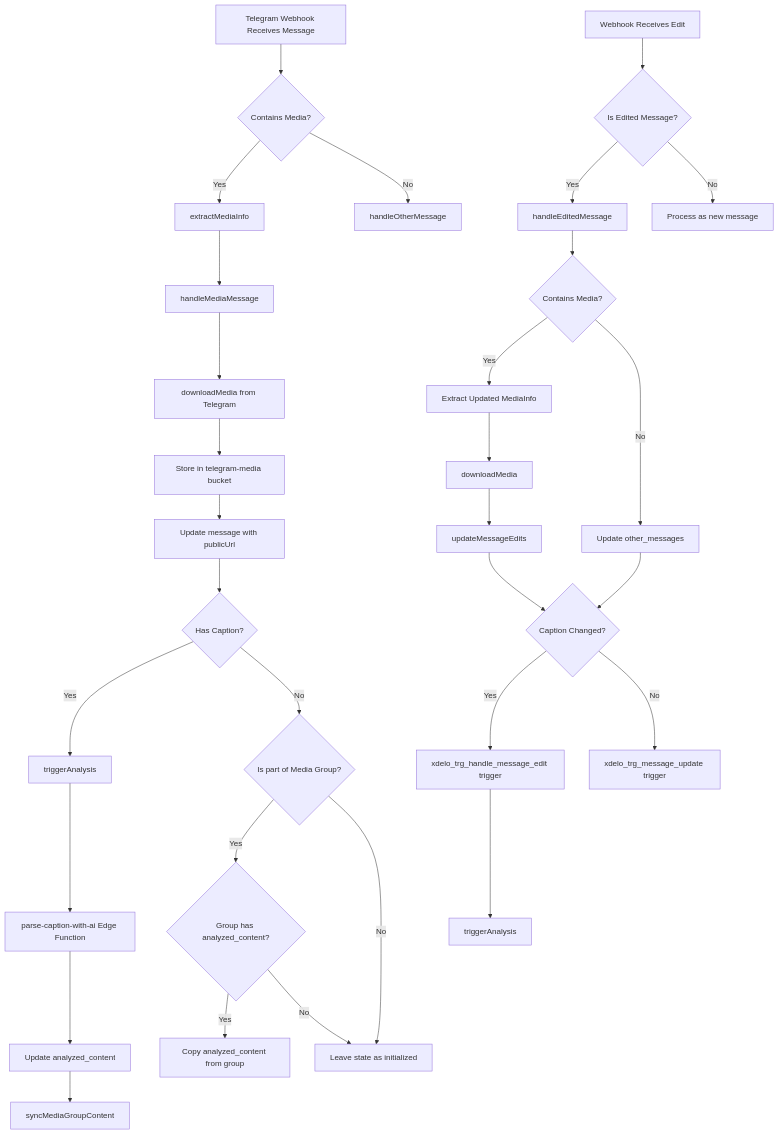
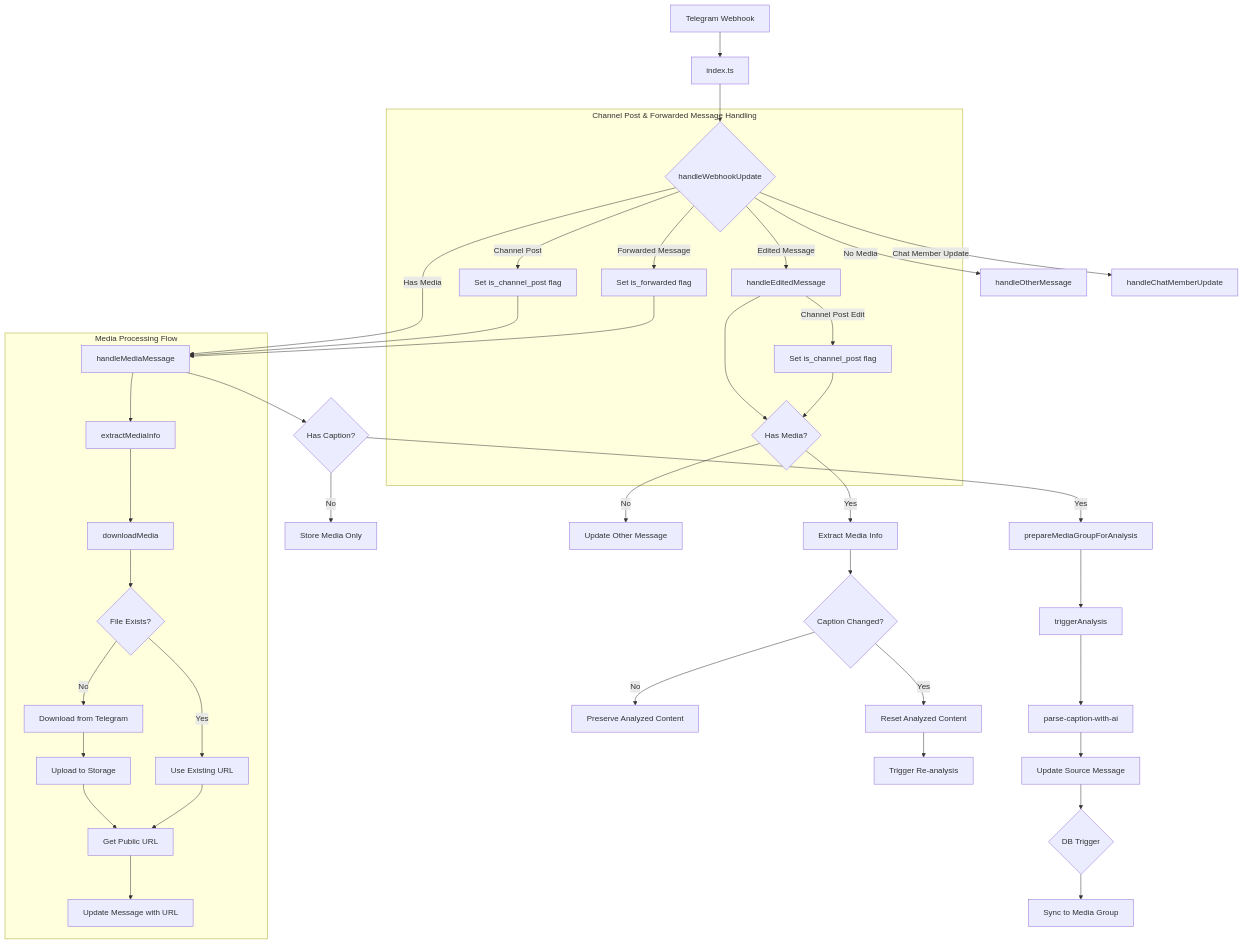
One commit to cmtkdot/xdelo-app changed the diagram in flow.md. Above: the diagram before and after it, drawn with Mermaid. The commit also changed other lines of this file and 15 other files, not shown here.

Commit message:
commit edit the whole flow

````diff
--- a/flow.md
+++ b/flow.md
@@ -5,49 +6,52 @@
 ```mermaid
 flowchart TD
-    A[Telegram Webhook Receives Message] --> B{Contains Media?}
+    A[Telegram Webhook] --> B[index.ts]
+    B --> C{handleWebhookUpdate}
     
-    B -->|Yes| C1[extractMediaInfo]
-    B -->|No| D[handleOtherMessage]
+    C -->|Has Media| D[handleMediaMessage]
+    C -->|No Media| E[handleOtherMessage]
+    C -->|Edited Message| F[handleEditedMessage]
+    C -->|Chat Member Update| G[handleChatMemberUpdate]
     
-    C1 --> C2[handleMediaMessage]
-    C2 --> C3[downloadMedia from Telegram]
-    C3 --> C4[Store in telegram-media bucket]
-    C4 --> C5[Update message with publicUrl]
+    D --> H{Has Caption?}
+    H -->|Yes| I[prepareMediaGroupForAnalysis]
+    H -->|No| J[Store Media Only]
     
-    C5 --> E{Has Caption?}
+    I --> K[triggerAnalysis]
+    K --> L[parse-caption-with-ai]
+    L --> M[Update Source Message]
     
-    E -->|Yes| F[triggerAnalysis]
-    E -->|No| G{Is part of Media Group?}
+    M --> N{DB Trigger}
+    N --> O[Sync to Media Group]
     
-    F --> F1[parse-caption-with-ai Edge Function]
-    F1 --> K[Update analyzed_content]
+    F --> P{Has Media?}
+    P -->|Yes| Q[Extract Media Info]
+    P -->|No| R[Update Other Message]
     
-    K --> L[syncMediaGroupContent]
+    Q --> S{Caption Changed?}
+    S -->|Yes| T[Reset Analyzed Content]
+    S -->|No| U[Preserve Analyzed Content]
     
-    G -->|Yes| M{Group has analyzed_content?}
-    G -->|No| N[Leave state as initialized]
+    T --> V[Trigger Re-analysis]
     
-    M -->|Yes| O[Copy analyzed_content from group]
-    M -->|No| N
-
-    %% Edit handling flow
-    P[Webhook Receives Edit] --> Q{Is Edited Message?}
-    Q -->|Yes| R[handleEditedMessage]
-    Q -->|No| S[Process as new message]
+    subgraph "Media Processing Flow"
+        D --> AA[extractMediaInfo]
+        AA --> BB[downloadMedia]
+        BB --> CC{File Exists?}
+        CC -->|Yes| DD[Use Existing URL]
+        CC -->|No| EE[Download from Telegram]
+        EE --> FF[Upload to Storage]
+        FF --> GG[Get Public URL]
+        DD --> GG
+        GG --> HH[Update Message with URL]
+    end
     
-    R --> R1{Contains Media?}
-    
-    R1 -->|Yes| T1[Extract Updated MediaInfo]
-    R1 -->|No| U[Update other_messages]
-    
-    T1 --> T2[downloadMedia]
-    T2 --> T4[updateMessageEdits]
-    T4 --> V{Caption Changed?}
-    
-    U --> V
-    
-    V -->|Yes| W[xdelo_trg_handle_message_edit trigger]
-    V -->|No| X[xdelo_trg_message_update trigger]
-    
-    W --> AA[triggerAnalysis]
+    subgraph "Channel Post & Forwarded Message Handling"
+        C -->|Channel Post| ZA[Set is_channel_post flag]
+        C -->|Forwarded Message| ZB[Set is_forwarded flag]
+        ZA --> D
+        ZB --> D
+        F -->|Channel Post Edit| ZC[Set is_channel_post flag]
+        ZC --> P
+    end
 ```
````
